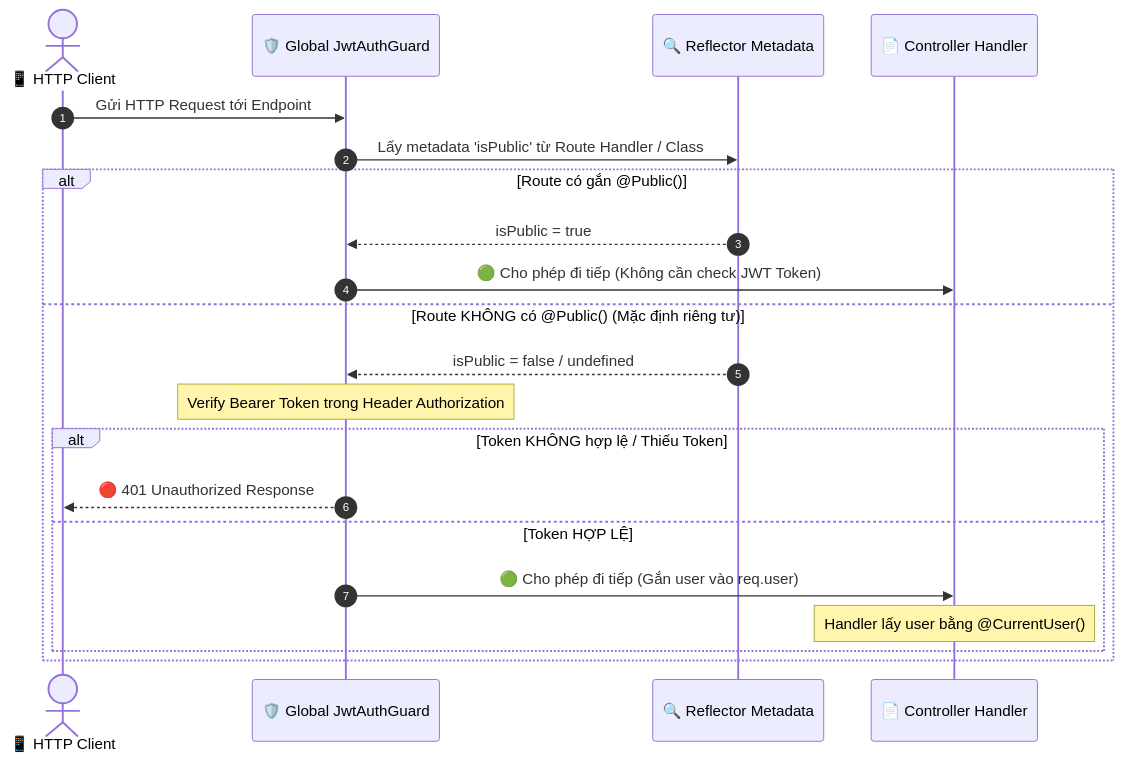
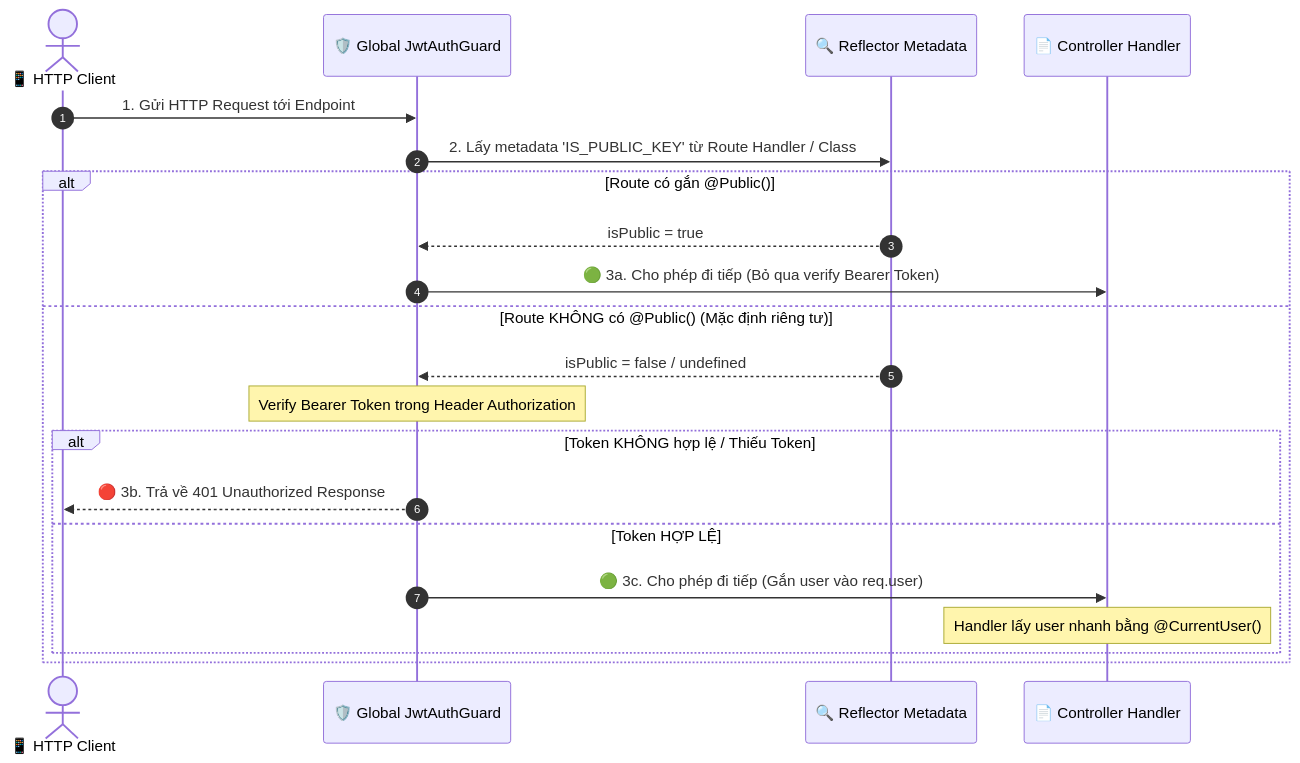
Before and after one commit to thanhmati/nestjs-basic-course: the second of 3 diagrams in docs/modules/module-04/lesson-4.4/lesson-4.4.md, drawn with Mermaid. The commit also changed other lines of this file and 8 other files, not shown here.

````diff
--- a/docs/modules/module-04/lesson-4.4/lesson-4.4.md
+++ b/docs/modules/module-04/lesson-4.4/lesson-4.4.md
@@ -68,25 +68,25 @@
 ```mermaid
 sequenceDiagram
     autonumber
     actor Client as 📱 HTTP Client
     participant Guard as 🛡️ Global JwtAuthGuard
     participant Reflector as 🔍 Reflector Metadata
     participant Controller as 📄 Controller Handler
 
-    Client->>Guard: Gửi HTTP Request tới Endpoint
-    Guard->>Reflector: Lấy metadata 'isPublic' từ Route Handler / Class
+    Client->>Guard: 1. Gửi HTTP Request tới Endpoint
+    Guard->>Reflector: 2. Lấy metadata 'IS_PUBLIC_KEY' từ Route Handler / Class
 
     alt Route có gắn @Public()
         Reflector-->>Guard: isPublic = true
-        Guard->>Controller: 🟢 Cho phép đi tiếp (Không cần check JWT Token)
+        Guard->>Controller: 🟢 3a. Cho phép đi tiếp (Bỏ qua verify Bearer Token)
     else Route KHÔNG có @Public() (Mặc định riêng tư)
         Reflector-->>Guard: isPublic = false / undefined
         Note over Guard: Verify Bearer Token trong Header Authorization
         alt Token KHÔNG hợp lệ / Thiếu Token
-            Guard-->>Client: 🔴 401 Unauthorized Response
+            Guard-->>Client: 🔴 3b. Trả về 401 Unauthorized Response
         else Token HỢP LỆ
-            Guard->>Controller: 🟢 Cho phép đi tiếp (Gắn user vào req.user)
-            Note over Controller: Handler lấy user bằng @CurrentUser()
+            Guard->>Controller: 🟢 3c. Cho phép đi tiếp (Gắn user vào req.user)
+            Note over Controller: Handler lấy user nhanh bằng @CurrentUser()
         end
     end
 ```
````
